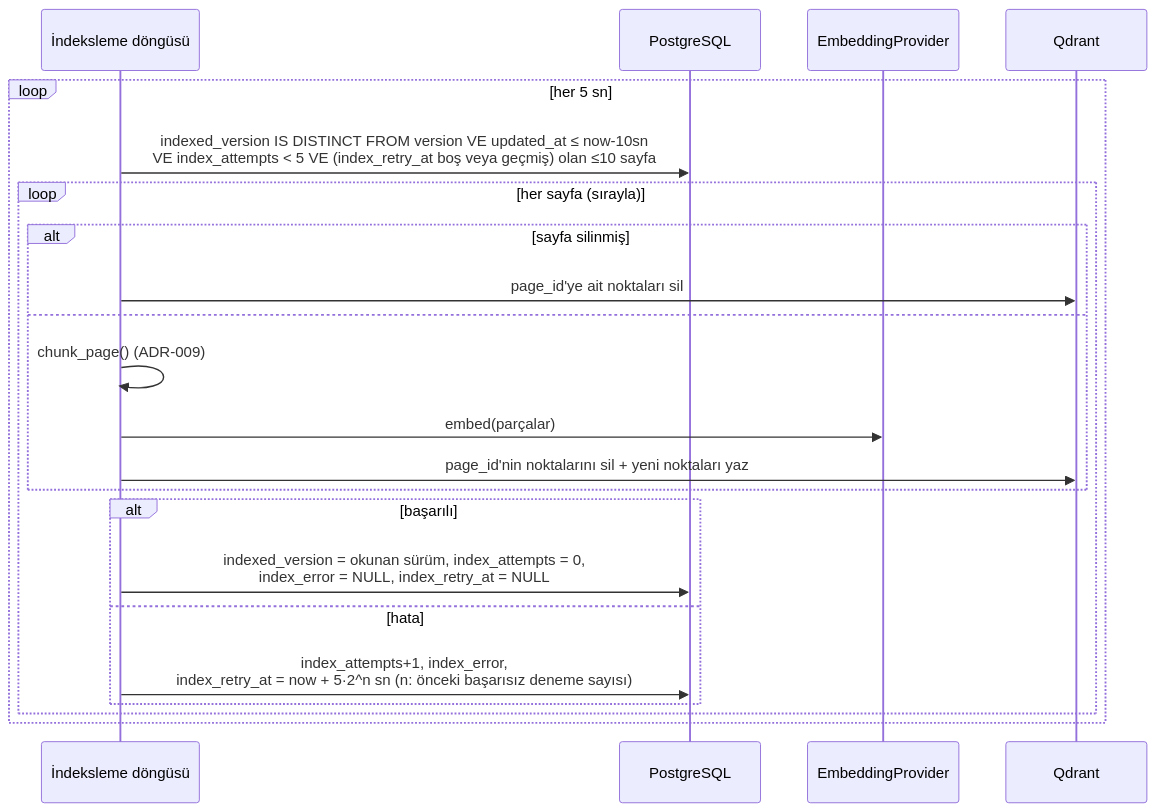
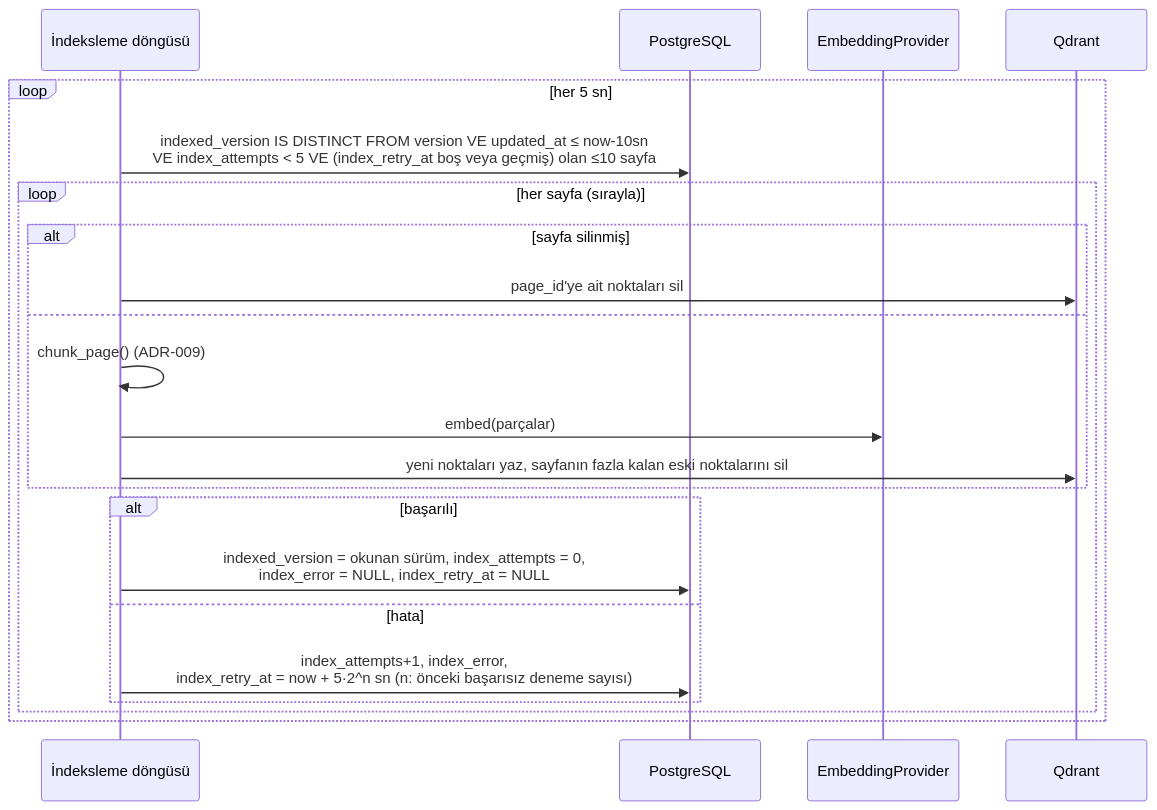
Before and after one commit to semihbekdas/sari-takim-kovan: the third of 4 diagrams in docs/architecture.md, drawn with Mermaid. The commit also changed other lines of this file and 1 other file, not shown here.

````diff
--- a/docs/architecture.md
+++ b/docs/architecture.md
@@ -160,24 +160,24 @@
 ```mermaid
 sequenceDiagram
     participant L as İndeksleme döngüsü
     participant DB as PostgreSQL
     participant E as EmbeddingProvider
     participant Q as Qdrant
     loop her 5 sn
         L->>DB: indexed_version IS DISTINCT FROM version VE updated_at ≤ now-10sn<br/>VE index_attempts < 5 VE (index_retry_at boş veya geçmiş) olan ≤10 sayfa
         loop her sayfa (sırayla)
             alt sayfa silinmiş
                 L->>Q: page_id'ye ait noktaları sil
             else
                 L->>L: chunk_page() (ADR-009)
                 L->>E: embed(parçalar)
-                L->>Q: page_id'nin noktalarını sil + yeni noktaları yaz
+                L->>Q: yeni noktaları yaz, sayfanın fazla kalan eski noktalarını sil
             end
             alt başarılı
                 L->>DB: indexed_version = okunan sürüm, index_attempts = 0,<br/>index_error = NULL, index_retry_at = NULL
             else hata
                 L->>DB: index_attempts+1, index_error,<br/>index_retry_at = now + 5·2^n sn (n: önceki başarısız deneme sayısı)
             end
         end
     end
 ```
````
